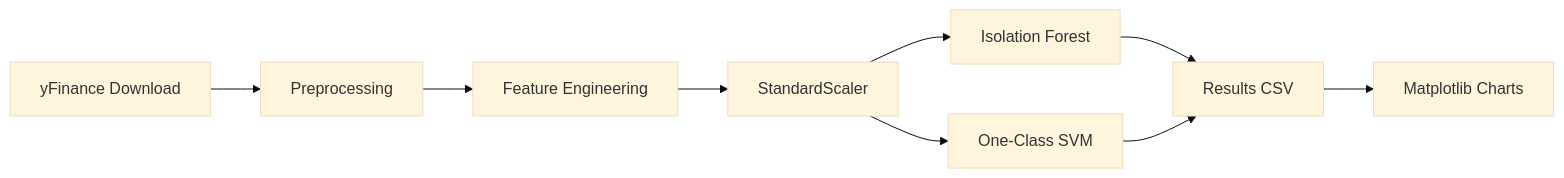
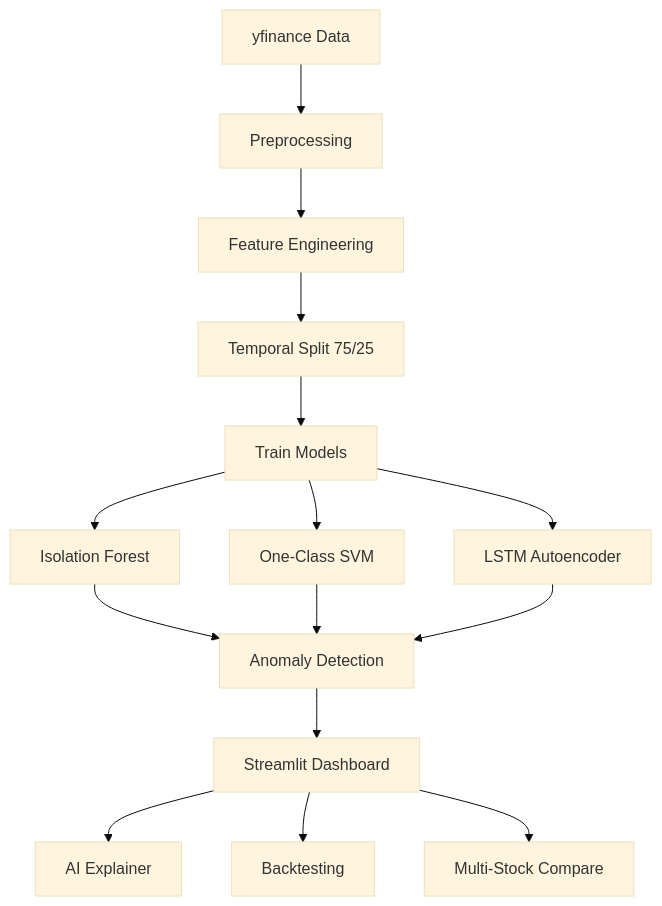
Before and after one commit to sharathkalvakolla/ai-stock-anomaly: the diagram in README.md, drawn with Mermaid (base theme). The commit also changed other lines of this file and 20 other files, not shown here.

Commit message:
Final Major Update: - Fixed Plotly errors and improved visualization - Enhanced Streamlit dashboard with working charts & heatmaps - Added Technical Indicators, Explainability & Backtesting tabs - Updated multiple src modules and requirements

````diff
--- a/README.md
+++ b/README.md
@@ -101,11 +13,15 @@
 ```mermaid
-flowchart LR
-    A[yFinance Download] --> B[Preprocessing]
+graph TD
+    A[yfinance Data] --> B[Preprocessing]
     B --> C[Feature Engineering]
-    C --> D[StandardScaler]
-    D --> E[Isolation Forest]
-    D --> F[One-Class SVM]
-    E --> G[Results CSV]
-    F --> G
-    G --> H[Matplotlib Charts]
+    C --> D[Temporal Split 75/25]
+    D --> E[Train Models]
+    E --> F[Isolation Forest]
+    E --> G[One-Class SVM]
+    E --> H[LSTM Autoencoder]
+    F & G & H --> I[Anomaly Detection]
+    I --> J[Streamlit Dashboard]
+    J --> K[AI Explainer]
+    J --> L[Backtesting]
+    J --> M[Multi-Stock Compare]
 ```
````
